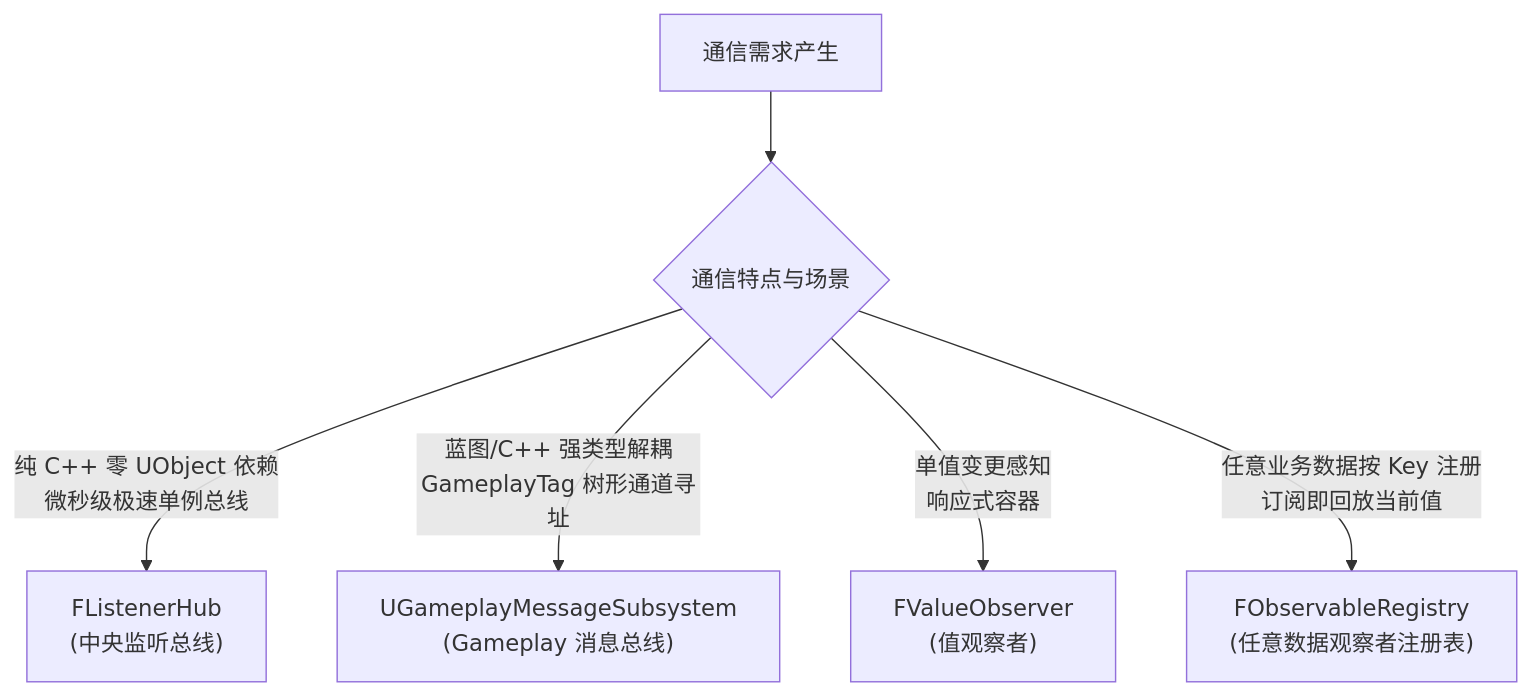
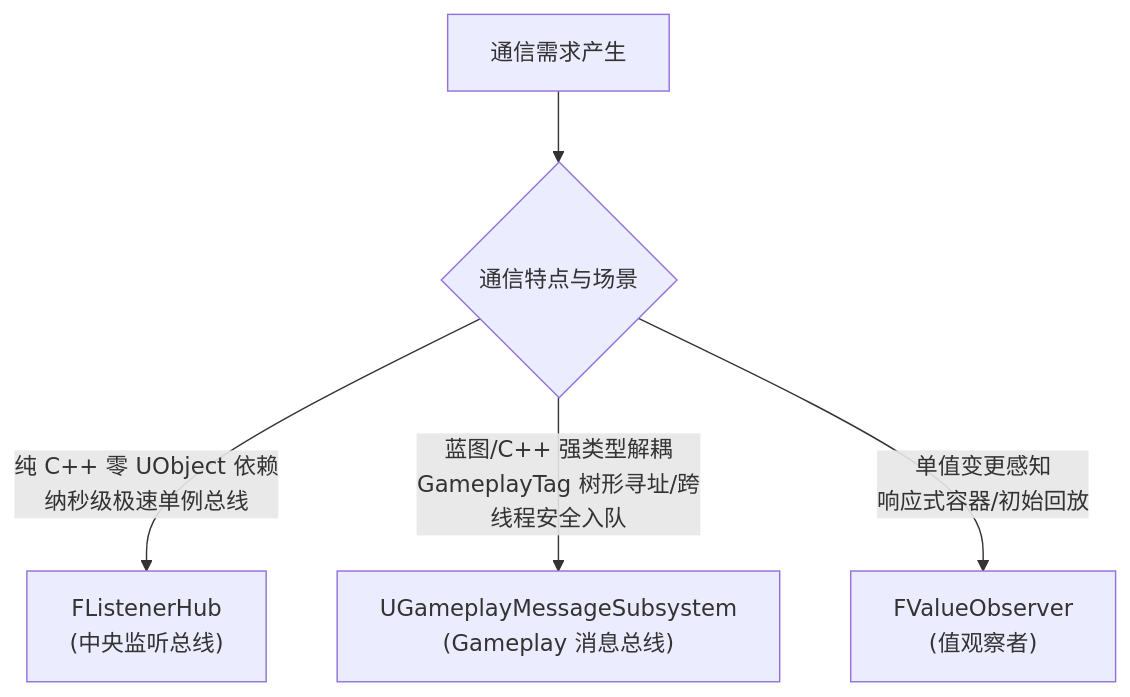
Before and after one commit to YIice-cwj/ue5-toolkit: the first of 2 diagrams in Plugins/GameCore/Docs/Architecture/EventAndMessaging.md, drawn with Mermaid. The commit also changed other lines of this file and 92 other files, not shown here.

````diff
--- a/Plugins/GameCore/Docs/Architecture/EventAndMessaging.md
+++ b/Plugins/GameCore/Docs/Architecture/EventAndMessaging.md
@@ -5,9 +5,8 @@
 ```mermaid
 graph TD
     A["通信需求产生"] --> B{"通信特点与场景"}
 
-    B -- "纯 C++ 零 UObject 依赖<br>微秒级极速单例总线" --> C["FListenerHub<br>(中央监听总线)"]
-    B -- "蓝图/C++ 强类型解耦<br>GameplayTag 树形通道寻址" --> D["UGameplayMessageSubsystem<br>(Gameplay 消息总线)"]
-    B -- "单值变更感知<br>响应式容器" --> E["FValueObserver<T><br>(值观察者)"]
-    B -- "任意业务数据按 Key 注册<br>订阅即回放当前值" --> F["FObservableRegistry<br>(任意数据观察者注册表)"]
+    B -- "纯 C++ 零 UObject 依赖<br>纳秒级极速单例总线" --> C["FListenerHub<br>(中央监听总线)"]
+    B -- "蓝图/C++ 强类型解耦<br>GameplayTag 树形寻址/跨线程安全入队" --> D["UGameplayMessageSubsystem<br>(Gameplay 消息总线)"]
+    B -- "单值变更感知<br>响应式容器/初始回放" --> E["FValueObserver<T><br>(值观察者)"]
 ```
````
